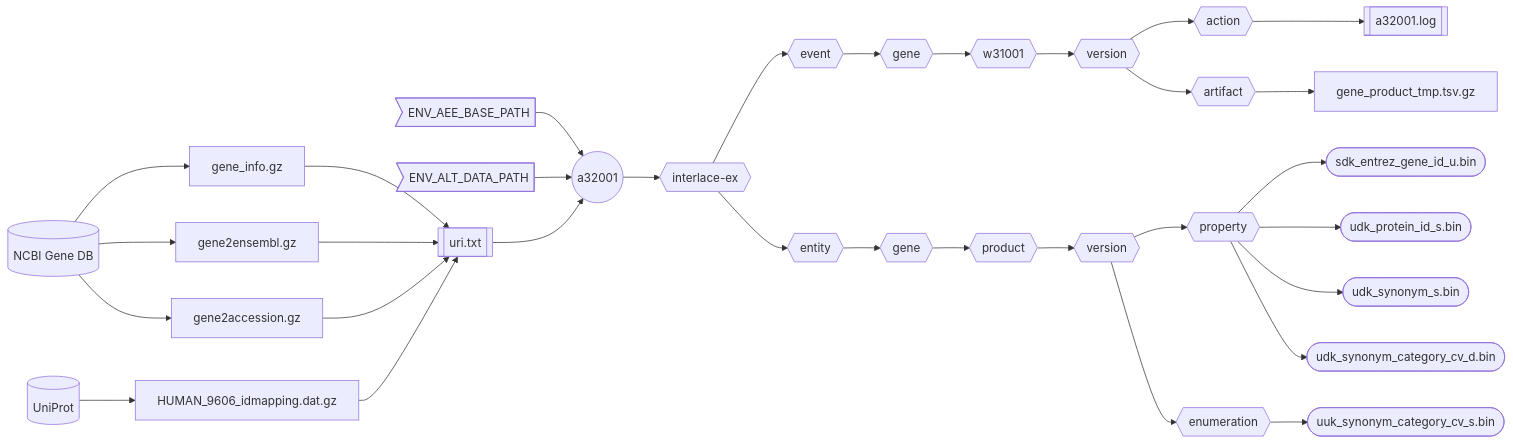
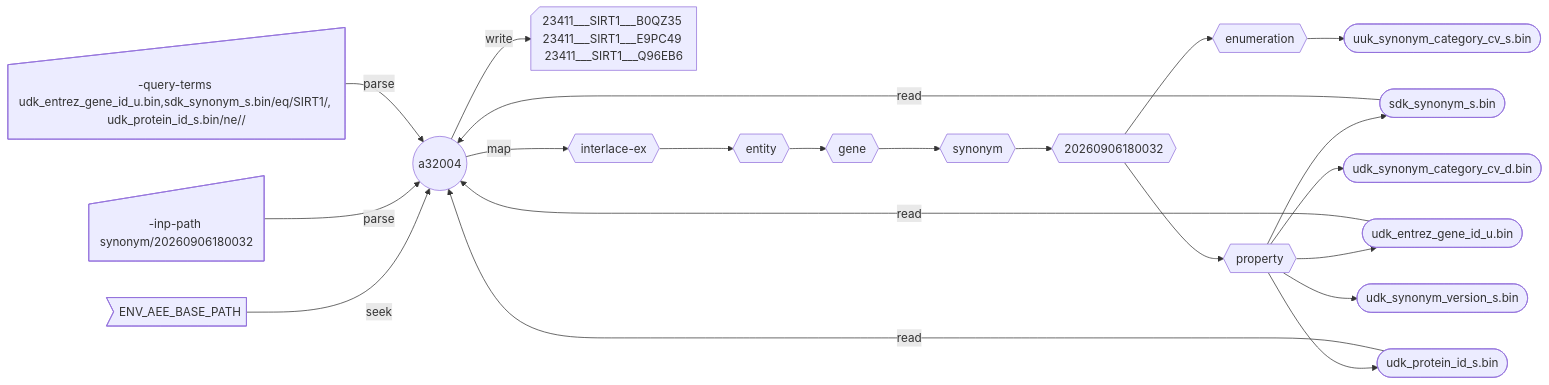
One commit to sas-quantome/interlace-do changed the diagram in cmd/a32004/README.md. Above: the diagram before and after it, drawn with Mermaid. The commit also changed other lines of this file and 24 other files, not shown here.

````diff
--- a/cmd/a32004/README.md
+++ b/cmd/a32004/README.md
@@ -7,34 +7,25 @@
 ```mermaid
 flowchart LR
-    db1[(NCBI Gene DB)] --> gene_info.gz
-    db1[(NCBI Gene DB)] --> gene2ensembl.gz
-    db1[(NCBI Gene DB)] --> gene2accession.gz
-    db2[(UniProt)] --> HUMAN_9606_idmapping.dat.gz
-    env1>ENV_AEE_BASE_PATH] --> app((a32001))
-    env2>ENV_ALT_DATA_PATH] --> app((a32001))
-    uri[[uri.txt]] --> app((a32001))
-    gene_info.gz --> uri[[uri.txt]]
-    gene2ensembl.gz --> uri[[uri.txt]]
-    gene2accession.gz --> uri[[uri.txt]]
-    HUMAN_9606_idmapping.dat.gz --> uri[[uri.txt]]
-    app((a32001)) --> ds{{interlace-ex}}
-    ds{{interlace-ex}} --> work{{event}}
+    env1>ENV_AEE_BASE_PATH] -- "seek" --> app((a32004))
+    A@{ shape: sl-rect, label: '-inp-path synonym/20260906180032' } -- "parse" -->  app((a32004))
+    B@{ shape: sl-rect, label: '-query-terms udk_entrez_gene_id_u.bin,sdk_synonym_s.bin/eq/SIRT1/, udk_protein_id_s.bin/ne//' } -- "parse" -->  app((a32004))
+    app((a32004)) -- "write" --> C@{ shape: notch-rect, label: '23411___SIRT1___B0QZ35 23411___SIRT1___E9PC49 23411___SIRT1___Q96EB6' }
+    app((a32004)) -- "map" --> ds{{interlace-ex}}
     ds{{interlace-ex}} --> data{{entity}}
-    work{{event}} --> workEntity{{gene}}
     data{{entity}} --> dataEntity{{gene}}
-    workEntity{{gene}} --> workAsset{{w31001}}
-    dataEntity{{gene}} --> dataAsset{{product}}
-    workAsset{{w31001}} --> workRelease{{version}}
-    dataAsset{{product}} --> dataRelease{{version}}
-    workRelease{{version}} --> action{{action}}
-    workRelease{{version}} --> artifact{{artifact}}
-    dataRelease{{version}} --> prop{{property}}
-    dataRelease{{version}} --> enum{{enumeration}}
-    action{{action}} --> log[[a32001.log]]
-    artifact{{artifact}} --> gene_product_tmp.tsv.gz
-    prop{{property}} --> d1([sdk_entrez_gene_id_u.bin])
-    prop{{property}} --> d2([udk_protein_id_s.bin])
-    prop{{property}} --> d3([udk_synonym_s.bin])
+    dataEntity{{gene}} --> dataAsset{{synonym}}
+    dataAsset{{synonym}} --> dataRelease{{20260906180032}}
+    dataRelease{{20260906180032}} --> enum{{enumeration}}
+    enum{{enumeration}} --> e1([uuk_synonym_category_cv_s.bin])
+    dataRelease{{20260906180032}} --> prop{{property}}
+    prop{{property}} --> d1([sdk_synonym_s.bin])
+    prop{{property}} --> d2([udk_entrez_gene_id_u.bin])
+    prop{{property}} --> d3([udk_protein_id_s.bin])
     prop{{property}} --> d4([udk_synonym_category_cv_d.bin])
-    enum{{enumeration}} --> e1([uuk_synonym_category_cv_s.bin])
+    prop{{property}} --> d5([udk_synonym_version_s.bin])
+    d1([sdk_synonym_s.bin]) -- "read" --> app((a32004))
+    d2([udk_entrez_gene_id_u.bin]) -- "read" --> app((a32004))
+    d3([udk_protein_id_s.bin]) -- "read" --> app((a32004))
+    d4([udk_synonym_category_cv_d.bin]) 
+    d5([udk_synonym_version_s.bin])
 ```
````
